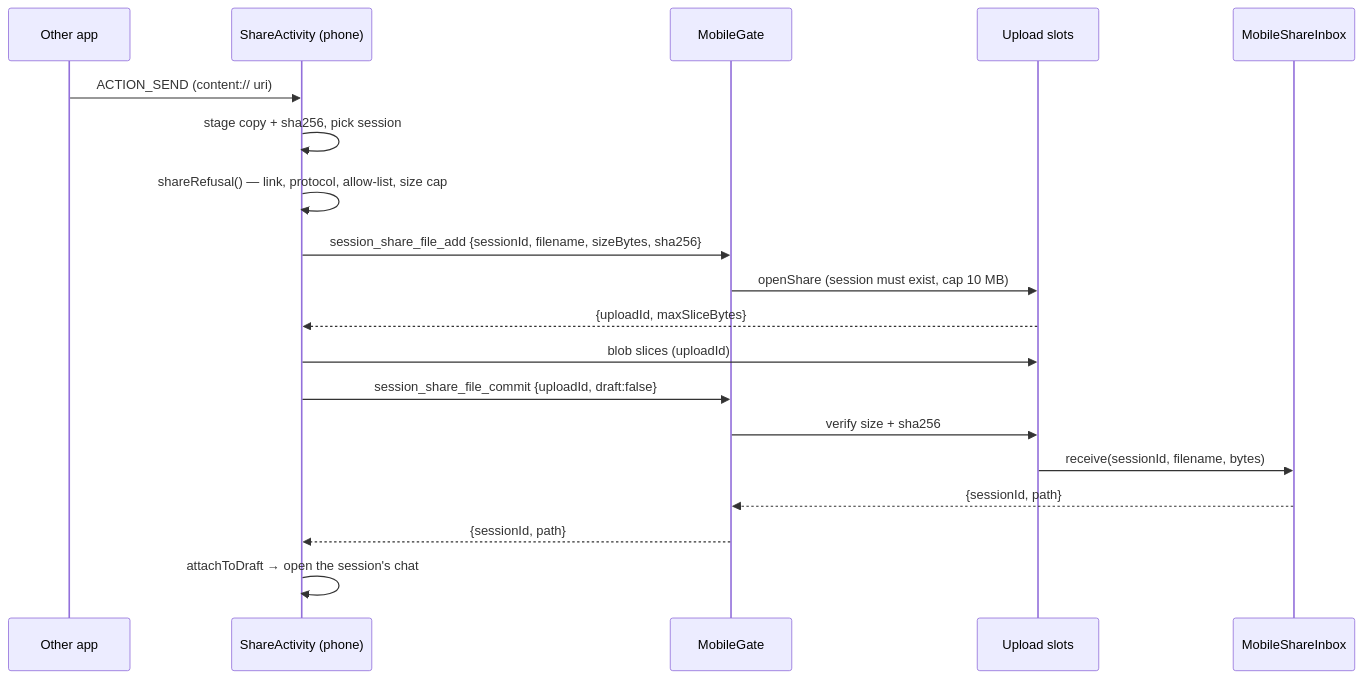
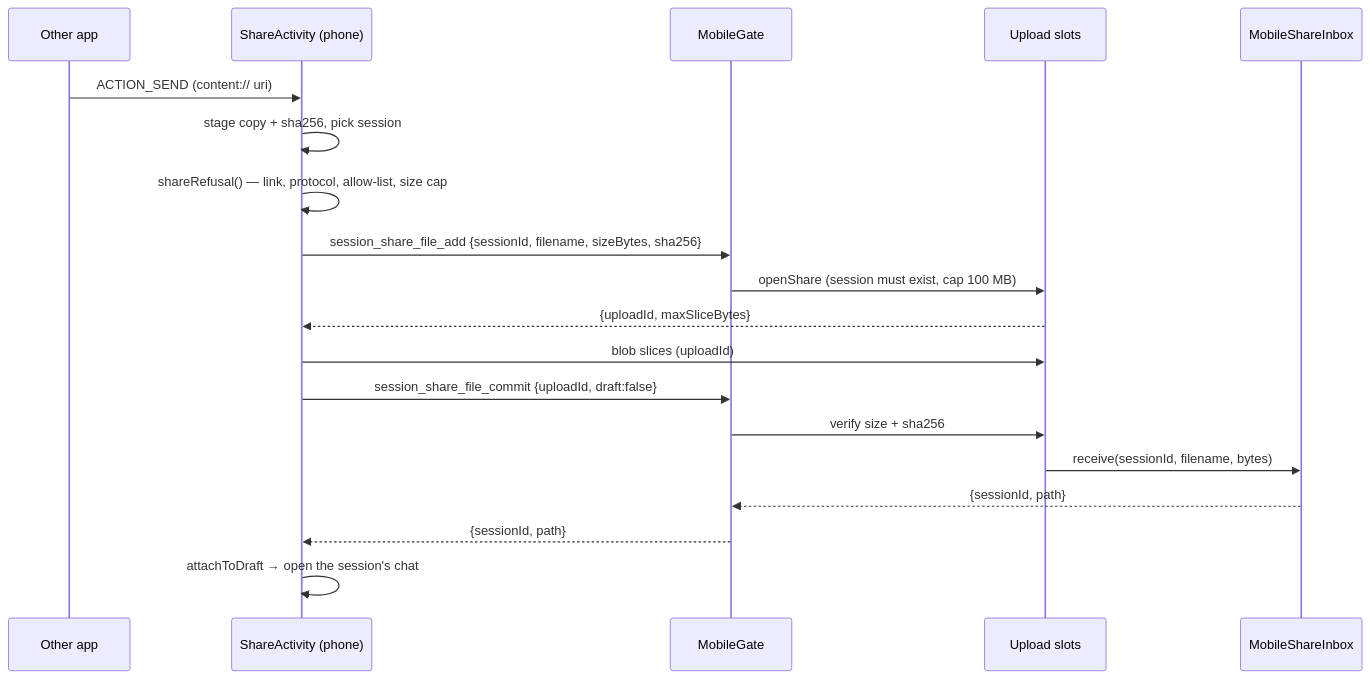
One commit to PetePeter/helm changed the first of 5 diagrams in docs/mobile-app.md. Above: the diagram before and after it, drawn with Mermaid. The commit also changed other lines of this file and 60 other files, not shown here.

````diff
--- a/docs/mobile-app.md
+++ b/docs/mobile-app.md
@@ -379,21 +379,21 @@
 ```mermaid
 sequenceDiagram
     participant App as Other app
     participant P as ShareActivity (phone)
     participant G as MobileGate
     participant U as Upload slots
     participant I as MobileShareInbox
     App->>P: ACTION_SEND (content:// uri)
     P->>P: stage copy + sha256, pick session
     P->>P: shareRefusal() — link, protocol, allow-list, size cap
     P->>G: session_share_file_add {sessionId, filename, sizeBytes, sha256}
-    G->>U: openShare (session must exist, cap 10 MB)
+    G->>U: openShare (session must exist, cap 100 MB)
     U-->>P: {uploadId, maxSliceBytes}
     P->>U: blob slices (uploadId)
     P->>G: session_share_file_commit {uploadId, draft:false}
     G->>U: verify size + sha256
     U->>I: receive(sessionId, filename, bytes)
     I-->>G: {sessionId, path}
     G-->>P: {sessionId, path}
     P->>P: attachToDraft → open the session's chat
 ```
````
